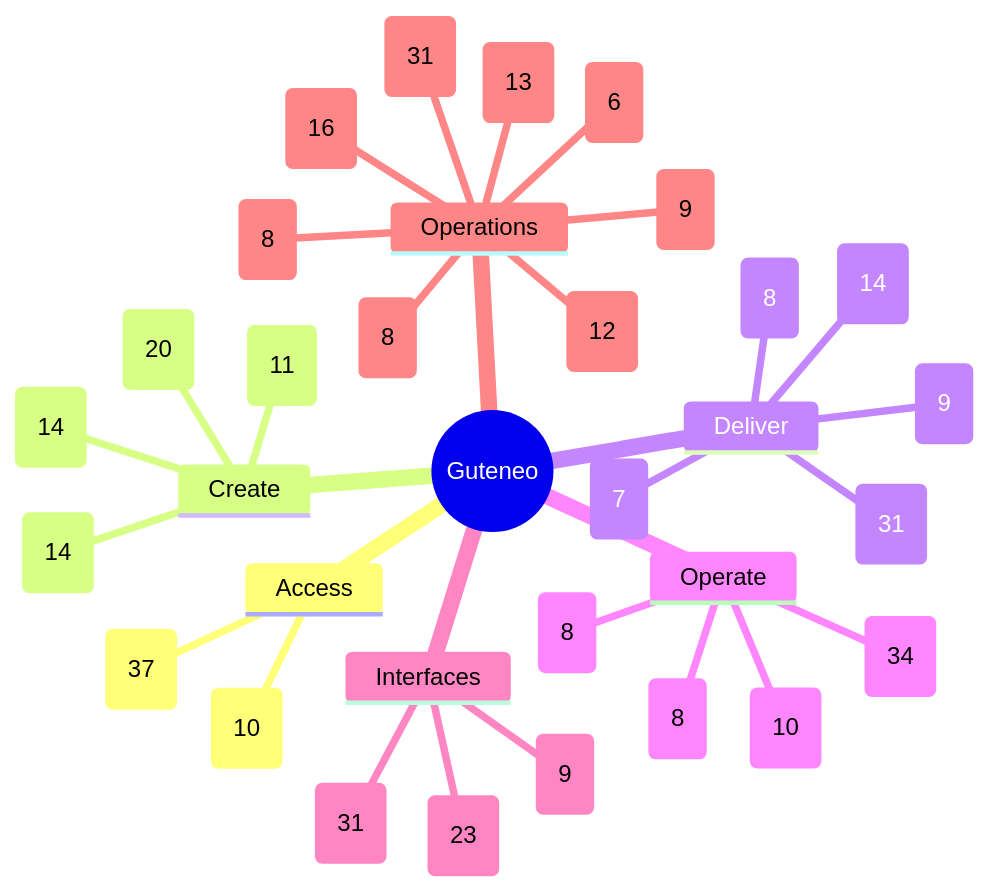
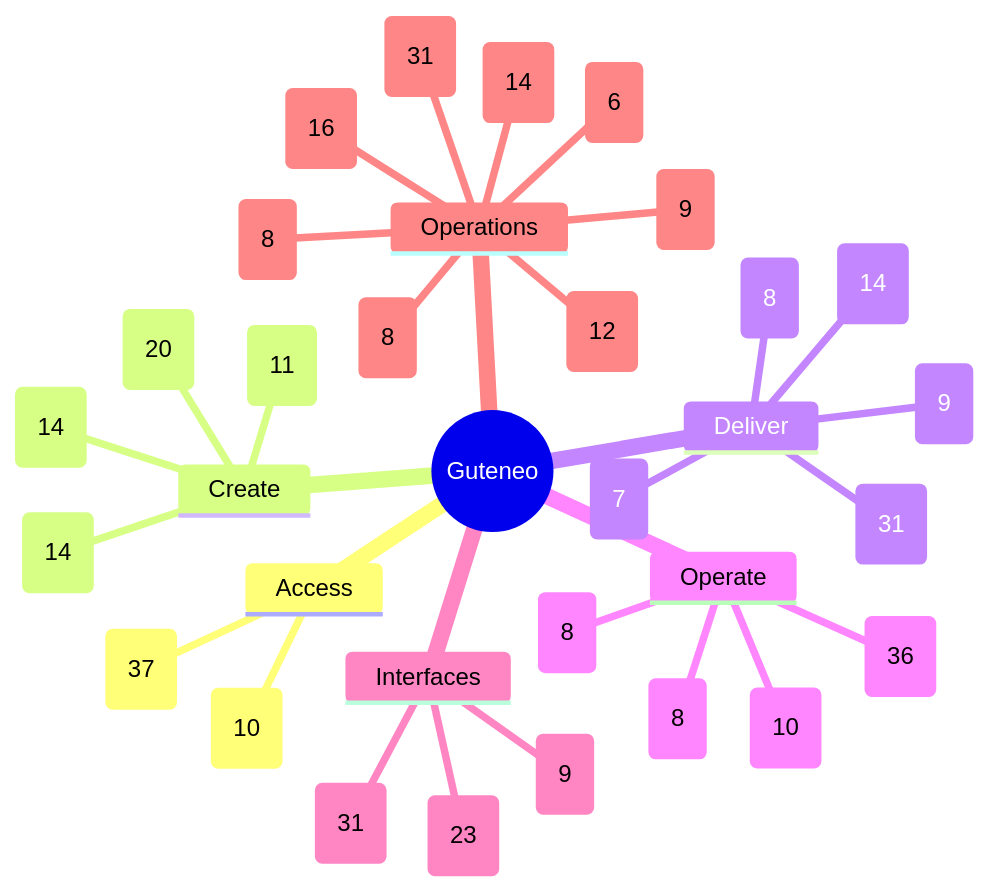
The diagram in docs/FEATURE_MAP.md (nclsppr/guteneo), drawn with Mermaid before and after one commit. The commit also changed other lines of this file and 42 other files, not shown here.

````diff
--- a/docs/FEATURE_MAP.md
+++ b/docs/FEATURE_MAP.md
@@ -13,36 +13,36 @@
 ```mermaid
 mindmap
   root((Guteneo))
     Access
       Access and identity (37)
       Team and responsibilities (10)
     Create
       Documents and protection (20)
       Template studio (14)
       Data and mappings (11)
       PDF generation and distribution (14)
     Deliver
       Fax (9)
       Postal mail (8)
       Email and protected links (14)
       Sensitive distribution and personal documents (31)
       Dispatch dry run (7)
     Operate
       Campaigns and tracking (8)
       Credits and billing (8)
-      Workspace layout and browser appearance (34)
+      Workspace layout and browser appearance (36)
       PDF verification (10)
     Interfaces
       Assistants and API (31)
       iPhone and iPad (9)
       Public pages, languages and appearance (23)
     Operations
       Reviewer OAuth qualification (9)
       Operations and reliability (31)
-      Belvédère platform oversight (13)
+      Belvédère platform oversight (14)
       Public service status (16)
       Engineering documentation (12)
       Codex Cloud development (8)
       Continuous reviewer preparation (6)
       Automatic fax tariff maintenance (8)
 ```
````
